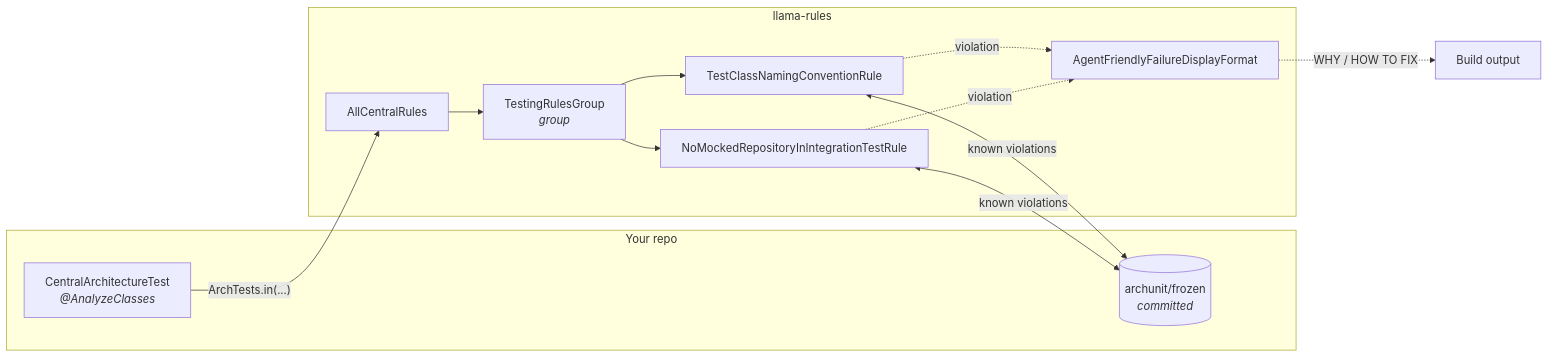
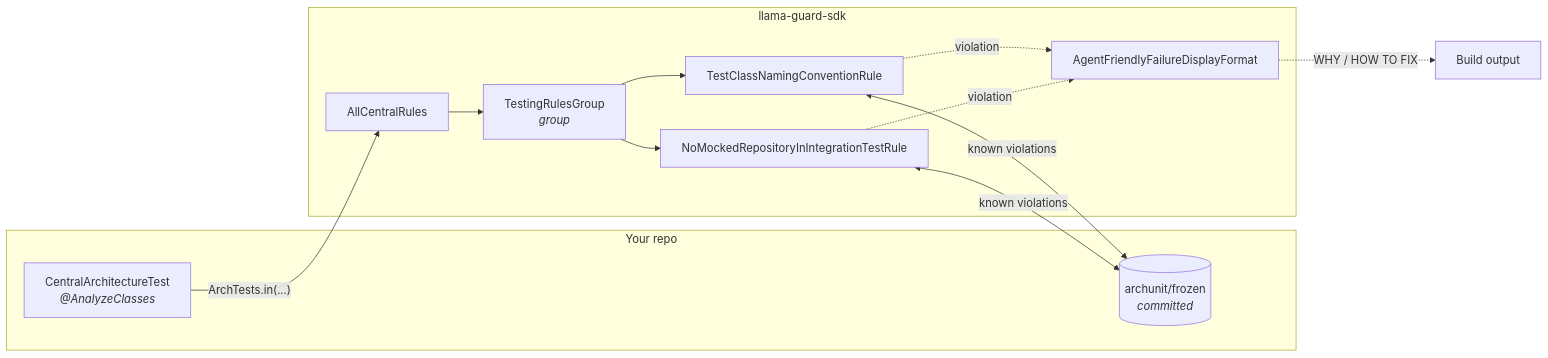
One commit to MilczekT1/Corral changed the first of 2 diagrams in README.md. Above: the diagram before and after it, drawn with Mermaid. The commit also changed other lines of this file and 94 other files, not shown here.

Commit message:
Rename to LLamaGuard and add CI/CD (#3)

````diff
--- a/README.md
+++ b/README.md
@@ -19,23 +19,23 @@
 ```mermaid
 flowchart LR
     subgraph consumer["Your repo"]
         CT["CentralArchitectureTest<br/><i>@AnalyzeClasses</i>"]
         STORE[("archunit/frozen<br/><i>committed</i>")]
     end
 
-    subgraph lib["llama-rules"]
+    subgraph lib["llama-guard-sdk"]
         ACR["AllCentralRules"]
         TG["TestingRulesGroup<br/><i>group</i>"]
         R1["TestClassNamingConventionRule"]
         R2["NoMockedRepositoryInIntegrationTestRule"]
         FMT["AgentFriendlyFailureDisplayFormat"]
     end
 
     CT -->|"ArchTests.in(...)"| ACR
     ACR --> TG
     TG --> R1
     TG --> R2
     R1 & R2 -.->|"violation"| FMT
     FMT -.->|"WHY / HOW TO FIX"| OUT["Build output"]
     R1 & R2 <-->|"known violations"| STORE
 ```
````
